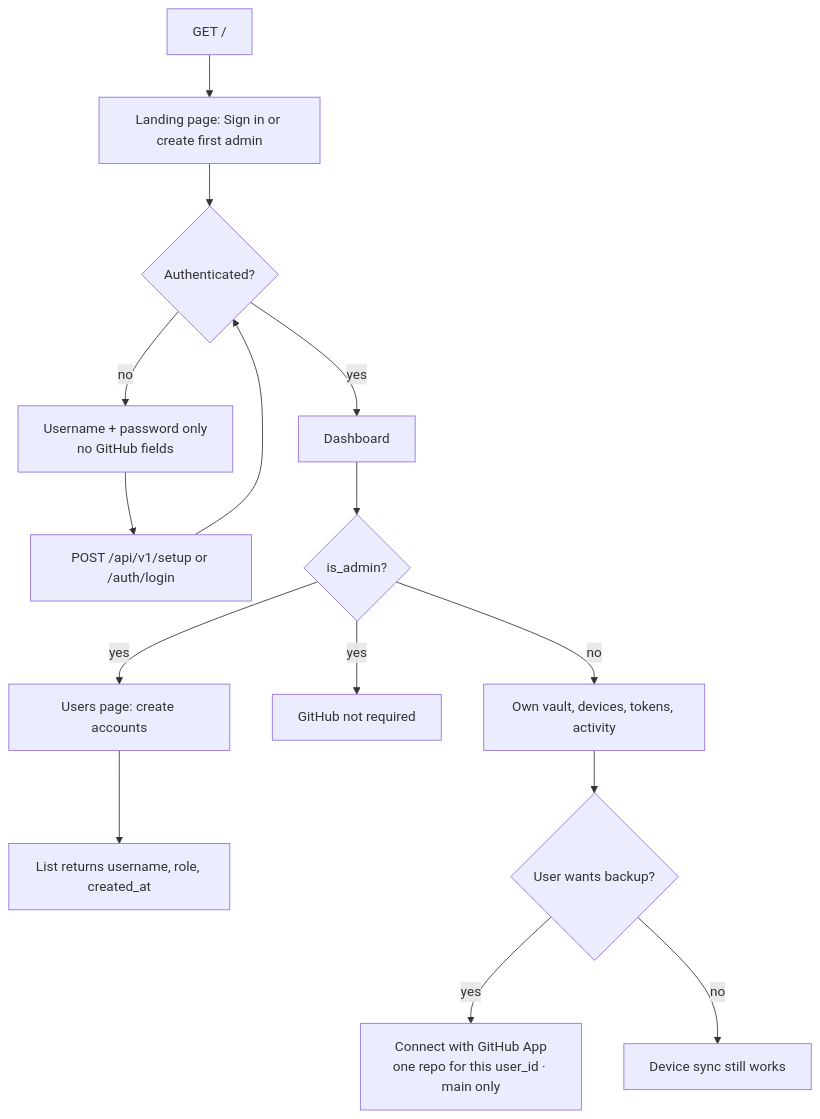
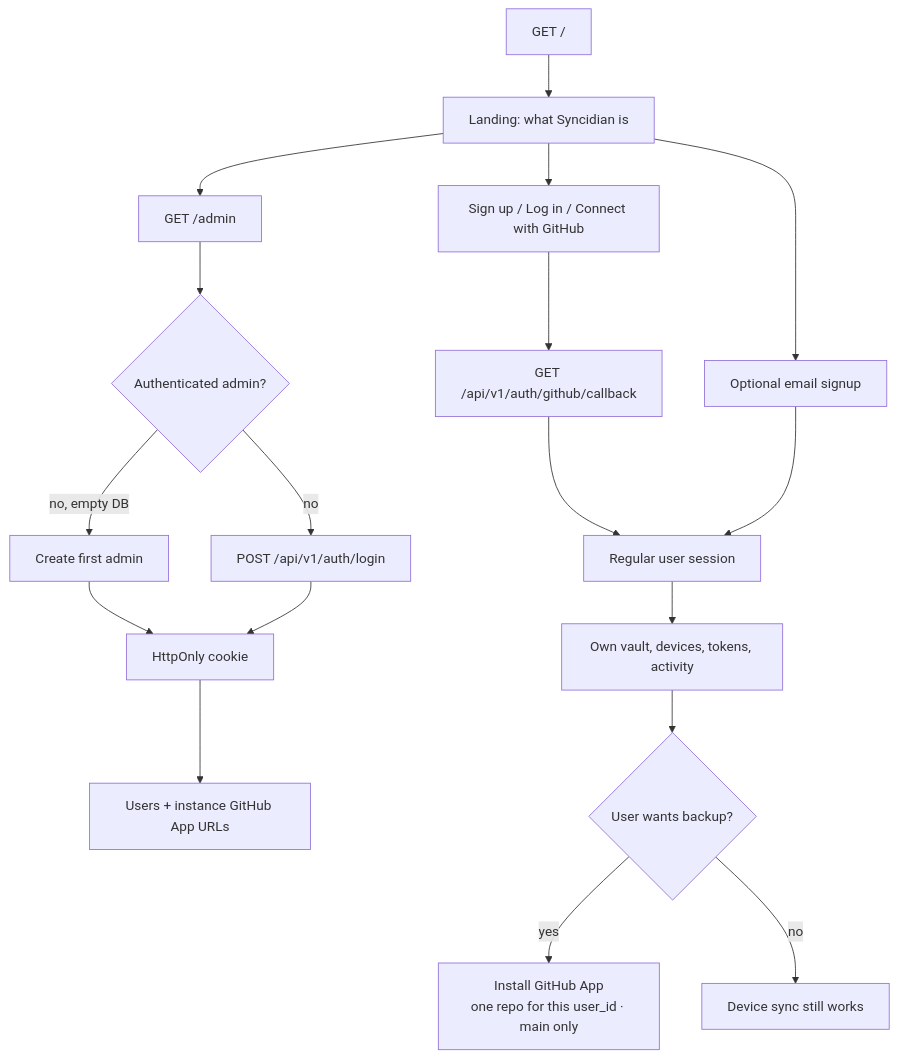
Before and after one commit to shangeethsivan/Syncidian: the fourth of 13 diagrams in docs/architecture.md, drawn with Mermaid. The commit also changed other lines of this file and 17 other files, not shown here.

First line of the commit message:
Add a public landing page and GitHub sign-in at /admin App URLs

````diff
--- a/docs/architecture.md
+++ b/docs/architecture.md
@@ -126,19 +130,22 @@
 ```mermaid
 flowchart TD
-  Open["GET /"] --> Land["Landing page: Sign in or create first admin"]
-  Land --> Auth{"Authenticated?"}
-  Auth -->|no| Form["Username + password only<br/>no GitHub fields"]
-  Form --> Setup["POST /api/v1/setup or /auth/login"]
-  Setup --> Auth
-  Auth -->|yes| Dash["Dashboard"]
+  Open["GET /"] --> Land["Landing: what Syncidian is"]
+  Land --> GH["Sign up / Log in / Connect with GitHub"]
+  Land --> Email["Optional email signup"]
+  Land --> AdminLink["GET /admin"]
 
-  Dash --> Admin{"is_admin?"}
-  Admin -->|yes| Manage["Users page: create accounts"]
-  Manage --> Public["List returns username, role, created_at"]
-  Admin -->|yes| Skip["GitHub not required"]
+  AdminLink --> Auth{"Authenticated admin?"}
+  Auth -->|no, empty DB| Form["Create first admin"]
+  Auth -->|no| Login["POST /api/v1/auth/login"]
+  Form --> Cookie["HttpOnly cookie"]
+  Login --> Cookie
+  Cookie --> Manage["Users + instance GitHub App URLs"]
 
-  Admin -->|no| Own["Own vault, devices, tokens, activity"]
-  Own --> GH{"User wants backup?"}
-  GH -->|yes| One["Connect with GitHub App<br/>one repo for this user_id · main only"]
-  GH -->|no| SyncOnly["Device sync still works"]
+  GH --> OAuth["GET /api/v1/auth/github/callback"]
+  OAuth --> User["Regular user session"]
+  Email --> User
+  User --> Own["Own vault, devices, tokens, activity"]
+  Own --> Backup{"User wants backup?"}
+  Backup -->|yes| One["Install GitHub App<br/>one repo for this user_id · main only"]
+  Backup -->|no| SyncOnly["Device sync still works"]
 ```
````
